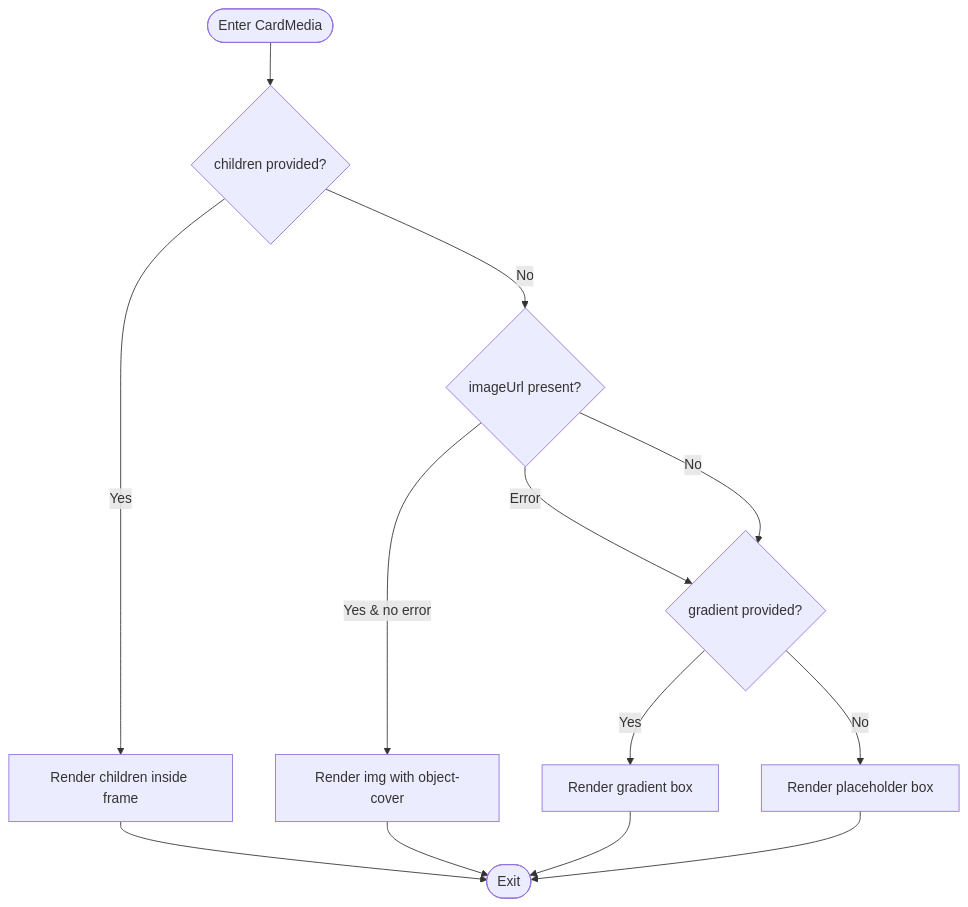
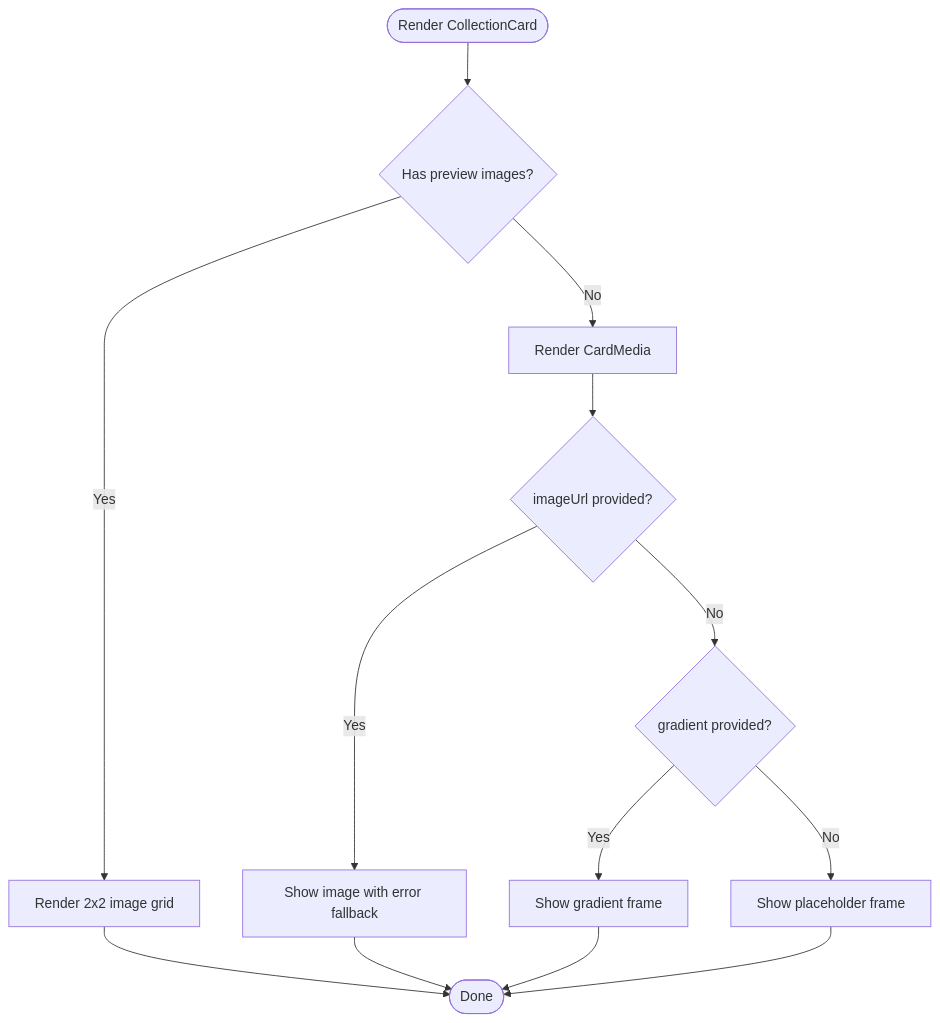
Before and after one commit to Meaetin/alibaba-hackathon: the fourth of 5 diagrams in .qoder/repowiki/en/content/Component Library/Card Components.md, drawn with Mermaid. The commit also changed other lines of this file and 241 other files, not shown here.

````diff
--- a/.qoder/repowiki/en/content/Component Library/Card Components.md
+++ b/.qoder/repowiki/en/content/Component Library/Card Components.md
@@ -195,15 +310,15 @@
 ```mermaid
 flowchart TD
-S(["Enter CardMedia"]) --> HasChildren{"children provided?"}
-HasChildren --> |Yes| RenderChildren["Render children inside frame"]
-HasChildren --> |No| HasImage{"imageUrl present?"}
-HasImage --> |Yes & no error| RenderImage["Render img with object-cover"]
-HasImage --> |Error| FallbackCheck{"gradient provided?"}
-HasImage --> |No| FallbackCheck
-FallbackCheck --> |Yes| RenderGradient["Render gradient box"]
-FallbackCheck --> |No| RenderPlaceholder["Render placeholder box"]
-RenderChildren --> E(["Exit"])
-RenderImage --> E
-RenderGradient --> E
-RenderPlaceholder --> E
+Start(["Render CollectionCard"]) --> CheckImages{"Has preview images?"}
+CheckImages --> |Yes| Grid["Render 2x2 image grid"]
+CheckImages --> |No| UseMedia["Render CardMedia"]
+UseMedia --> HasImage{"imageUrl provided?"}
+HasImage --> |Yes| ShowImage["Show image with error fallback"]
+HasImage --> |No| HasGradient{"gradient provided?"}
+HasGradient --> |Yes| ShowGradient["Show gradient frame"]
+HasGradient --> |No| ShowPlaceholder["Show placeholder frame"]
+Grid --> End(["Done"])
+ShowImage --> End
+ShowGradient --> End
+ShowPlaceholder --> End
 ```
````
